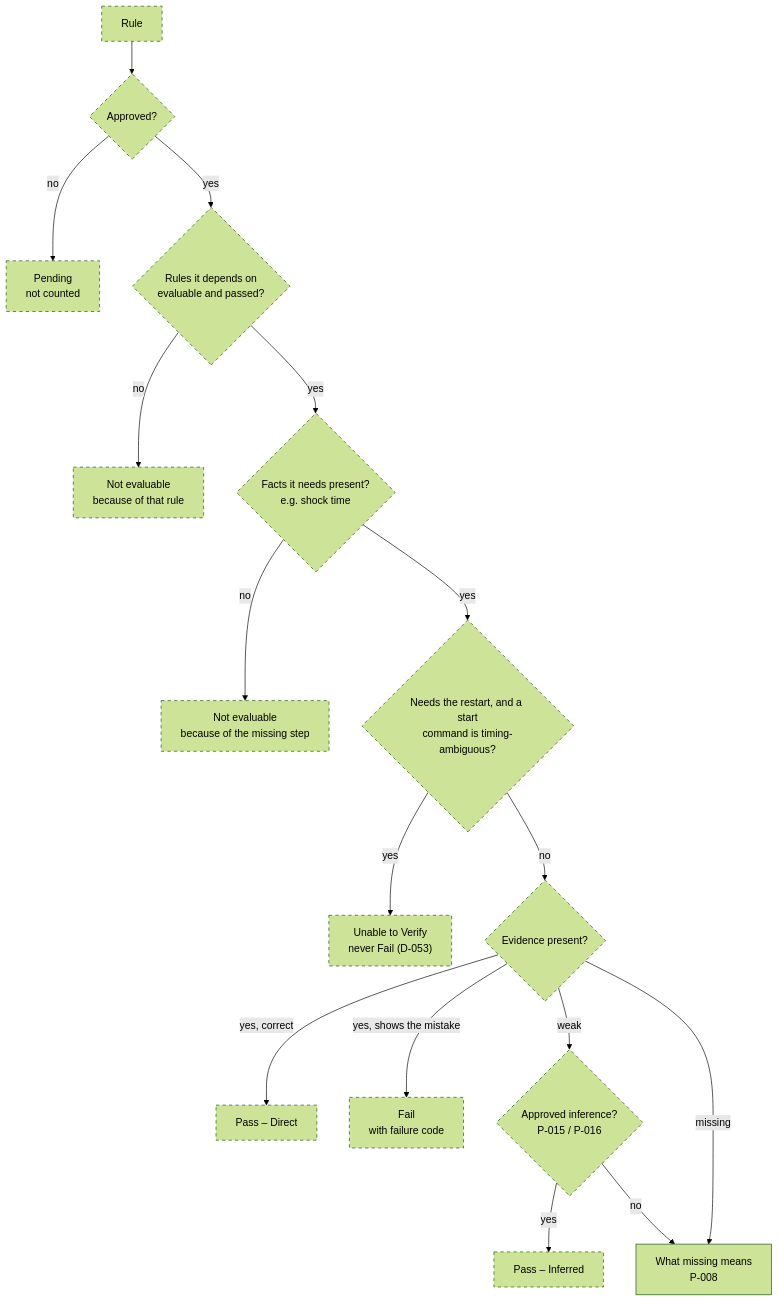
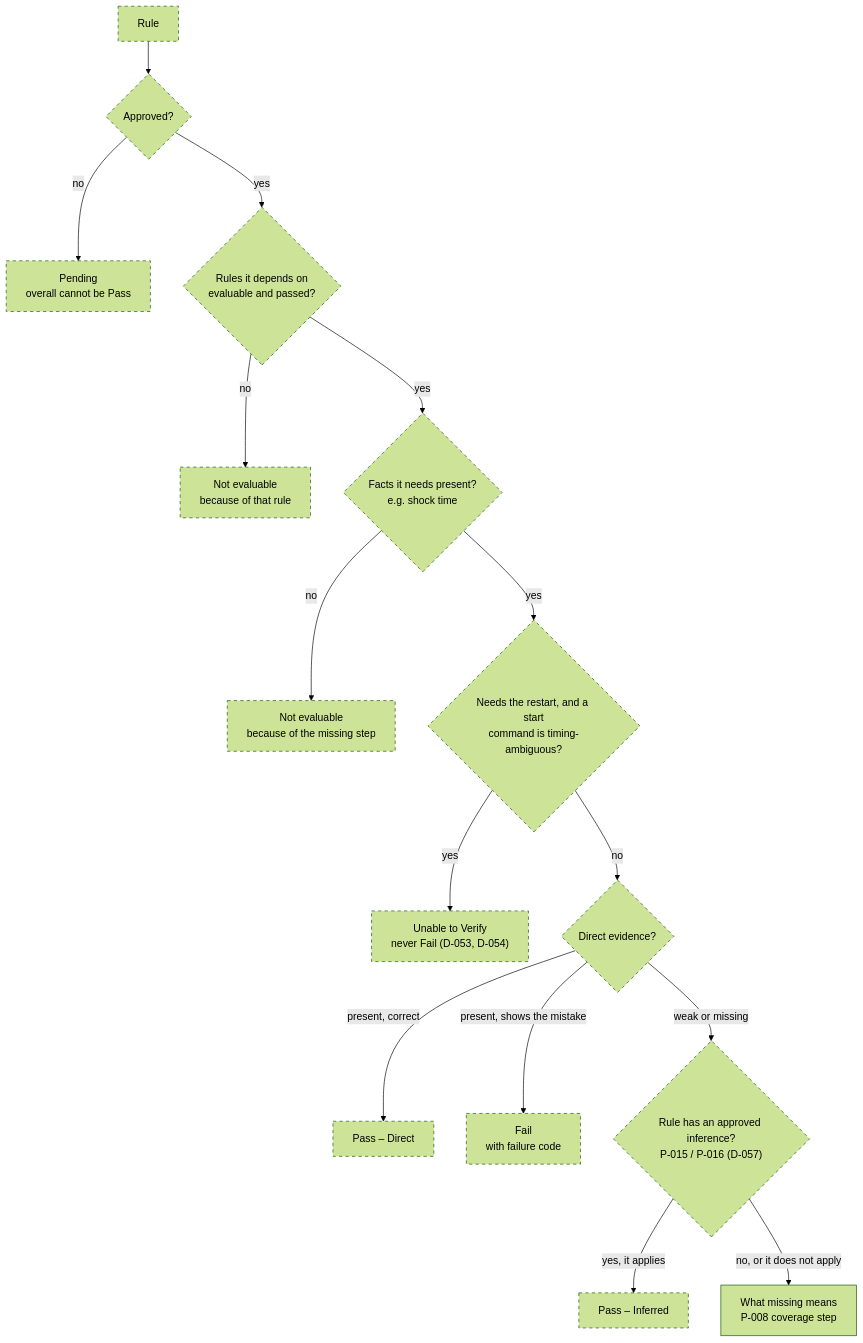
One commit to ananthu65/defibrillator_research changed the third of 8 diagrams in docs/rule_engine/diagrams.md. Above: the diagram before and after it, drawn with Mermaid (forest theme). The commit also changed other lines of this file and 10 other files, not shown here.

First line of the commit message:
fix(rules): correct documented decision logic after diagram review

````diff
--- a/docs/rule_engine/diagrams.md
+++ b/docs/rule_engine/diagrams.md
@@ -59,20 +59,19 @@
 ```mermaid
 flowchart TD
     S["Rule"] --> P1{"Approved?"}
-    P1 -->|no| R0["Pending<br/>not counted"]
+    P1 -->|no| R0["Pending<br/>overall cannot be Pass"]
     P1 -->|yes| P2{"Rules it depends on<br/>evaluable and passed?"}
     P2 -->|no| R1["Not evaluable<br/>because of that rule"]
     P2 -->|yes| P3{"Facts it needs present?<br/>e.g. shock time"}
     P3 -->|no| R2["Not evaluable<br/>because of the missing step"]
     P3 -->|yes| PA{"Needs the restart, and a start<br/>command is timing-ambiguous?"}
-    PA -->|yes| RA["Unable to Verify<br/>never Fail (D-053)"]
-    PA -->|no| P4{"Evidence present?"}
-    P4 -->|yes, correct| R3["Pass – Direct"]
-    P4 -->|yes, shows the mistake| R4["Fail<br/>with failure code"]
-    P4 -->|weak| P5{"Approved inference?<br/>P-015 / P-016"}
-    P5 -->|yes| R5["Pass – Inferred"]
-    P5 -->|no| M["What missing means<br/>P-008"]
-    P4 -->|missing| M
+    PA -->|yes| RA["Unable to Verify<br/>never Fail (D-053, D-054)"]
+    PA -->|no| P4{"Direct evidence?"}
+    P4 -->|present, correct| R3["Pass – Direct"]
+    P4 -->|present, shows the mistake| R4["Fail<br/>with failure code"]
+    P4 -->|weak or missing| P5{"Rule has an approved inference?<br/>P-015 / P-016 (D-057)"}
+    P5 -->|yes, it applies| R5["Pass – Inferred"]
+    P5 -->|no, or it does not apply| M["What missing means<br/>P-008 coverage step"]
     classDef planned stroke-dasharray: 5 5
     class S,P1,P2,P3,PA,RA,P4,P5,R0,R1,R2,R3,R4,R5 planned
 ```
````
